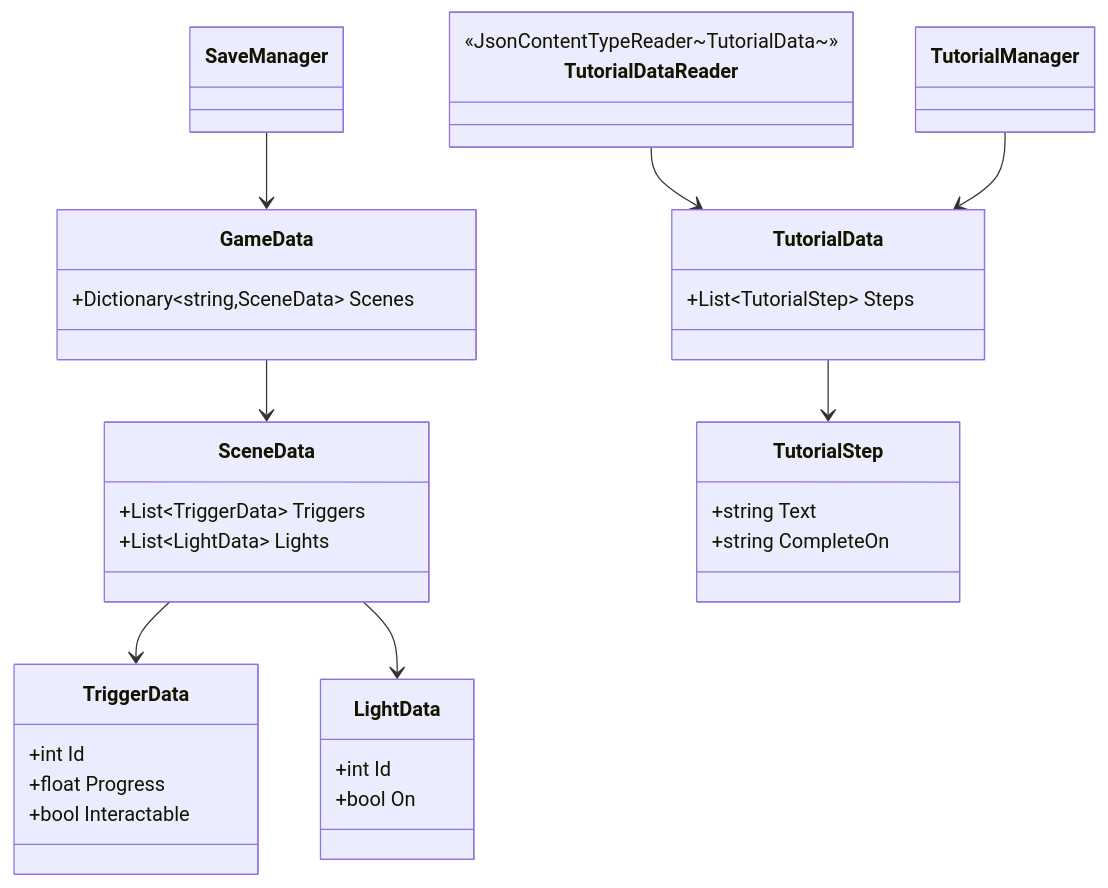
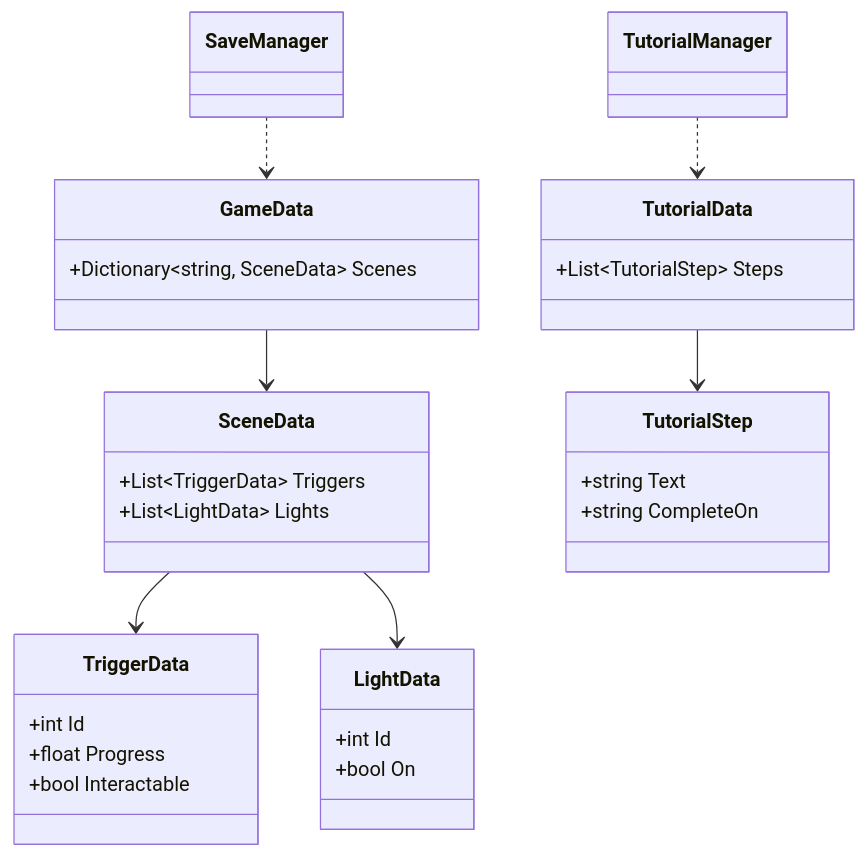
Before and after one commit to Sambopukkazz/DG225_CoreX: the sixth of 7 diagrams in docs/03_Software/02-class-diagram.md, drawn with Mermaid. The commit also changed other lines of this file and 21 other files, not shown here.

````diff
--- a/docs/03_Software/02-class-diagram.md
+++ b/docs/03_Software/02-class-diagram.md
@@ -555,37 +804,38 @@
 ```mermaid
 classDiagram
     class GameData {
-        +Dictionary~string,SceneData~ Scenes
+        +Dictionary~string, SceneData~ Scenes
     }
+
     class SceneData {
         +List~TriggerData~ Triggers
         +List~LightData~ Lights
     }
+
     class TriggerData {
         +int Id
         +float Progress
         +bool Interactable
     }
+
     class LightData {
         +int Id
         +bool On
     }
+
     class TutorialData {
         +List~TutorialStep~ Steps
     }
+
     class TutorialStep {
         +string Text
         +string CompleteOn
-    }
-    class TutorialDataReader {
-        <<JsonContentTypeReader~TutorialData~>>
     }
 
     GameData --> SceneData
     SceneData --> TriggerData
     SceneData --> LightData
     TutorialData --> TutorialStep
-    TutorialDataReader --> TutorialData
-    SaveManager --> GameData
-    TutorialManager --> TutorialData
+    SaveManager ..> GameData
+    TutorialManager ..> TutorialData
 ```
````
